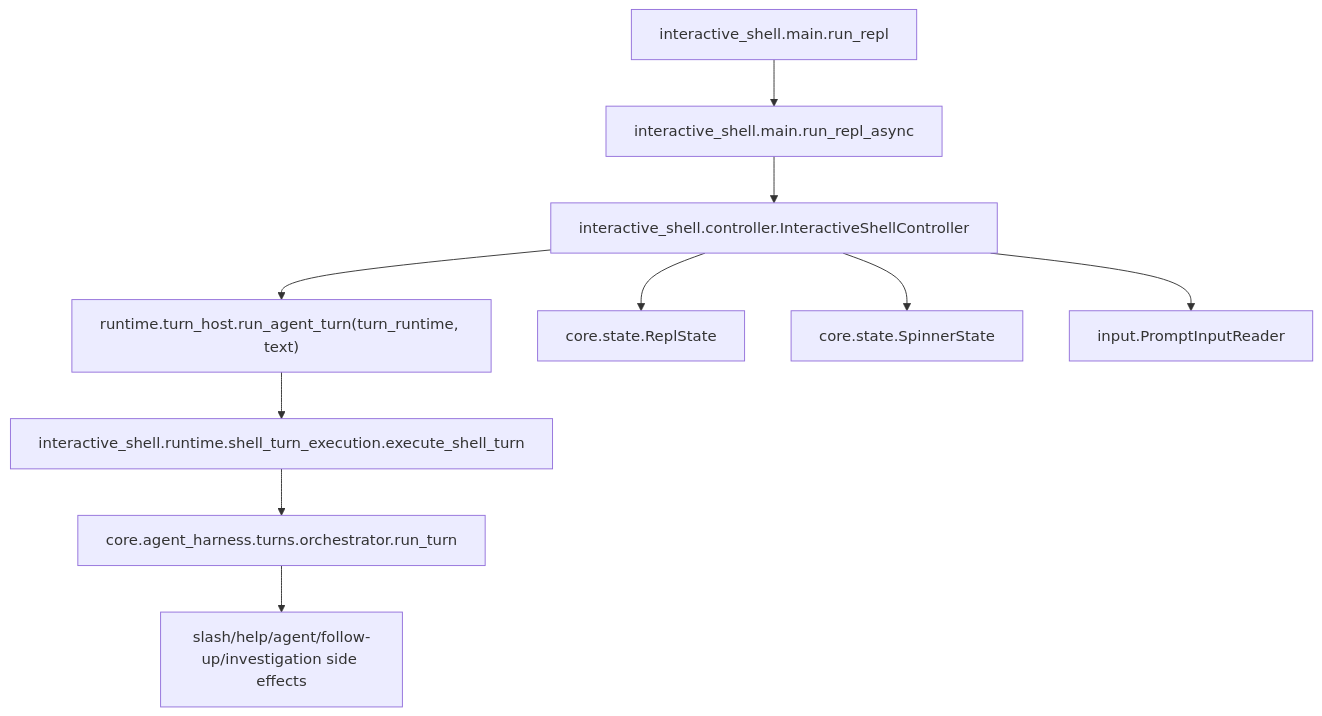
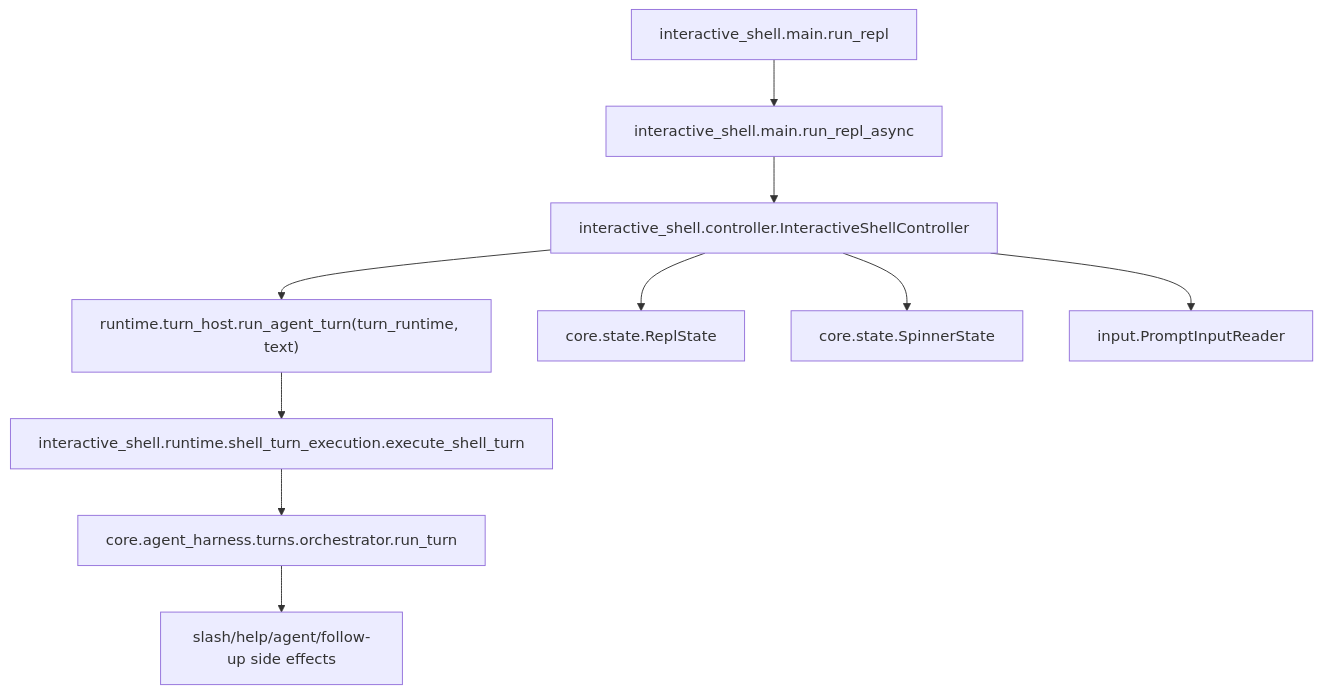
One commit to Tracer-Cloud/open-sre-agent changed the diagram in surfaces/interactive_shell/runtime/AGENTS.md. Above: the diagram before and after it, drawn with Mermaid. The commit also changed other lines of this file and 2193 other files, not shown here.

First line of the commit message:
feat!: remove the investigation product, keeping the single-agent chat core

````diff
--- a/surfaces/interactive_shell/runtime/AGENTS.md
+++ b/surfaces/interactive_shell/runtime/AGENTS.md
@@ -90,12 +86,12 @@
 ```mermaid
 flowchart TD
   runRepl["interactive_shell.main.run_repl"] --> replMain["interactive_shell.main.run_repl_async"]
   replMain --> controller["interactive_shell.controller.InteractiveShellController"]
   controller --> turnHost["runtime.turn_host.run_agent_turn(turn_runtime, text)"]
   turnHost --> turnEntry["interactive_shell.runtime.shell_turn_execution.execute_shell_turn"]
   turnEntry --> coreHarness["core.agent_harness.turns.orchestrator.run_turn"]
-  coreHarness --> sideEffects["slash/help/agent/follow-up/investigation side effects"]
+  coreHarness --> sideEffects["slash/help/agent/follow-up side effects"]
   controller --> replState["core.state.ReplState"]
   controller --> spinnerState["core.state.SpinnerState"]
   controller --> inputReader["input.PromptInputReader"]
 ```
````
